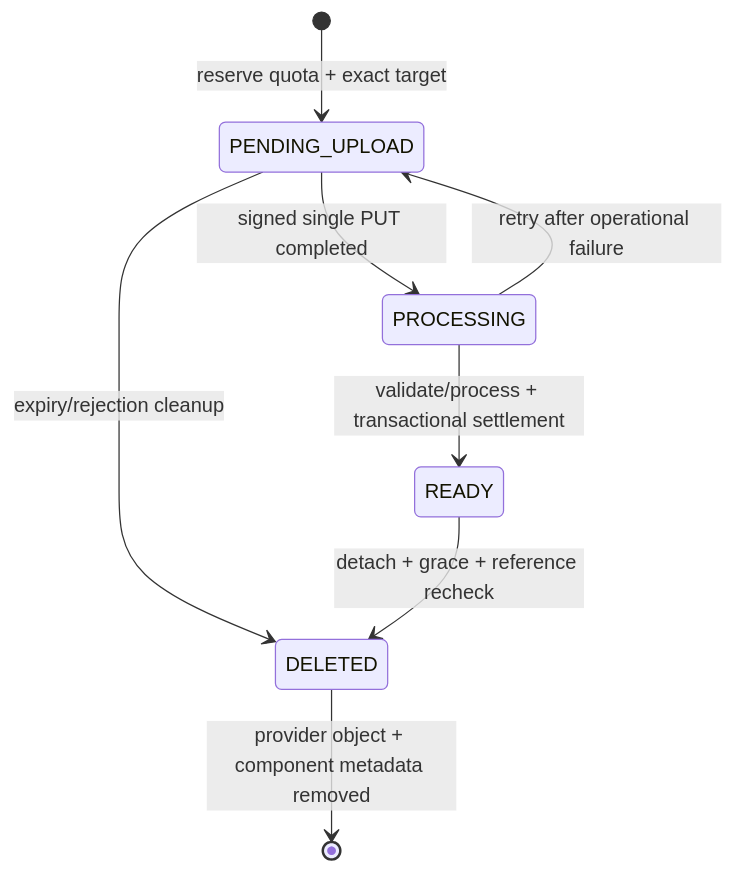
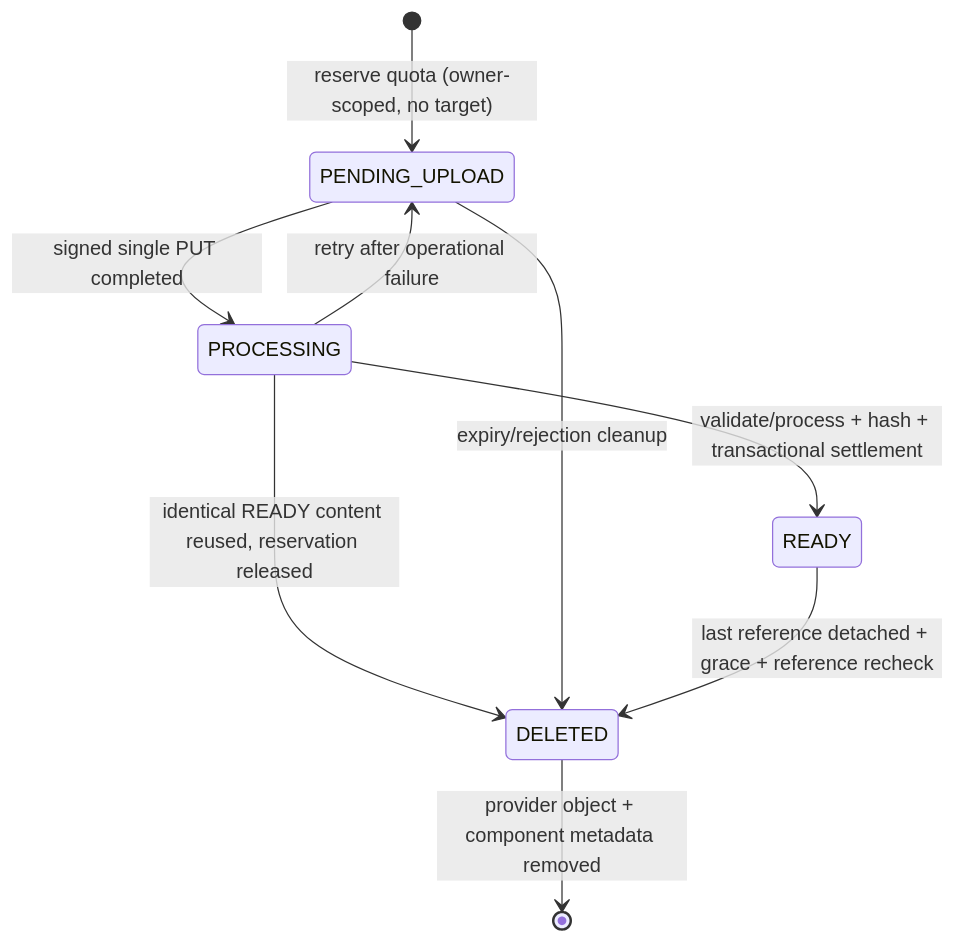
One commit to MPiland/artificer-toolkit changed the first of 5 diagrams in docs/architecture/media.md. Above: the diagram before and after it, drawn with Mermaid. The commit also changed other lines of this file, not shown here.

Commit message:
Document owner-scoped media, per-reference framing and My images

````diff
--- a/docs/architecture/media.md
+++ b/docs/architecture/media.md
@@ -15,10 +15,11 @@
 ```mermaid
 stateDiagram-v2
-  [*] --> PENDING_UPLOAD: reserve quota + exact target
+  [*] --> PENDING_UPLOAD: reserve quota (owner-scoped, no target)
   PENDING_UPLOAD --> PROCESSING: signed single PUT completed
-  PROCESSING --> READY: validate/process + transactional settlement
+  PROCESSING --> READY: validate/process + hash + transactional settlement
+  PROCESSING --> DELETED: identical READY content reused, reservation released
   PROCESSING --> PENDING_UPLOAD: retry after operational failure
   PENDING_UPLOAD --> DELETED: expiry/rejection cleanup
-  READY --> DELETED: detach + grace + reference recheck
+  READY --> DELETED: last reference detached + grace + reference recheck
   DELETED --> [*]: provider object + component metadata removed
 ```
````
